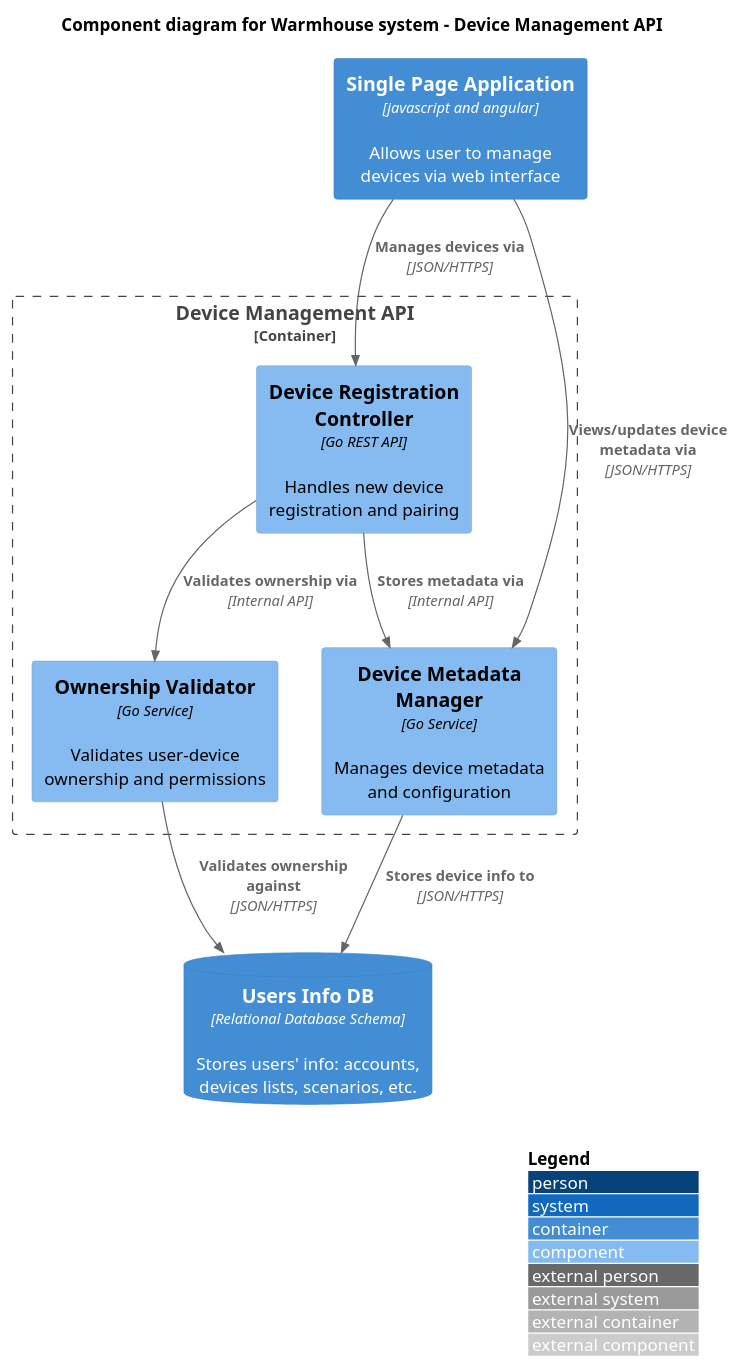
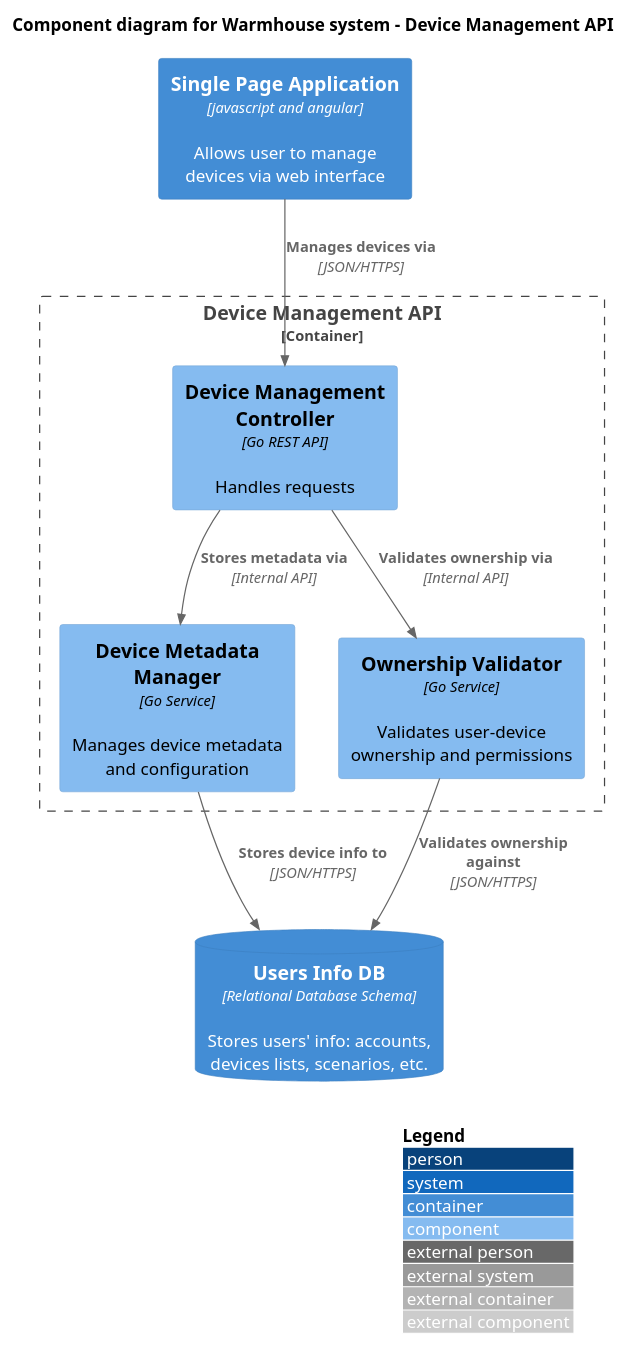
Before and after one commit to regu1yar/p1-architecture-warmhouse: the diagram in diagrams/component/device_management_api.puml, drawn with PlantUML. The commit also changed 6 other files, not shown here.

```diff
--- a/diagrams/component/device_management_api.puml
+++ b/diagrams/component/device_management_api.puml
@@ -1,26 +1,25 @@
 @startuml
 !include https://raw.githubusercontent.com/plantuml-stdlib/C4-PlantUML/master/C4_Component.puml
 ' !include ../common/C4_Component.puml
 
 LAYOUT_WITH_LEGEND()
 
 title Component diagram for Warmhouse system - Device Management API
 
 Container(spa, "Single Page Application", "javascript and angular", "Allows user to manage devices via web interface")
 ContainerDb(users_info_db, "Users Info DB", "Relational Database Schema", "Stores users' info: accounts, devices lists, scenarios, etc.")
 
 Container_Boundary(device_management_api, "Device Management API") {
-    Component(device_registration_controller, "Device Registration Controller", "Go REST API", "Handles new device registration and pairing")
+    Component(device_management_controller, "Device Management Controller", "Go REST API", "Handles requests")
     Component(device_metadata_manager, "Device Metadata Manager", "Go Service", "Manages device metadata and configuration")
     Component(ownership_validator, "Ownership Validator", "Go Service", "Validates user-device ownership and permissions")
 
-    Rel(device_registration_controller, ownership_validator, "Validates ownership via", "Internal API")
-    Rel(device_registration_controller, device_metadata_manager, "Stores metadata via", "Internal API")
+    Rel(device_management_controller, ownership_validator, "Validates ownership via", "Internal API")
+    Rel(device_management_controller, device_metadata_manager, "Stores metadata via", "Internal API")
     Rel(device_metadata_manager, users_info_db, "Stores device info to", "JSON/HTTPS")
     Rel(ownership_validator, users_info_db, "Validates ownership against", "JSON/HTTPS")
 }
 
-Rel(spa, device_registration_controller, "Manages devices via", "JSON/HTTPS")
-Rel(spa, device_metadata_manager, "Views/updates device metadata via", "JSON/HTTPS")
+Rel(spa, device_management_controller, "Manages devices via", "JSON/HTTPS")
 
 @enduml
```
